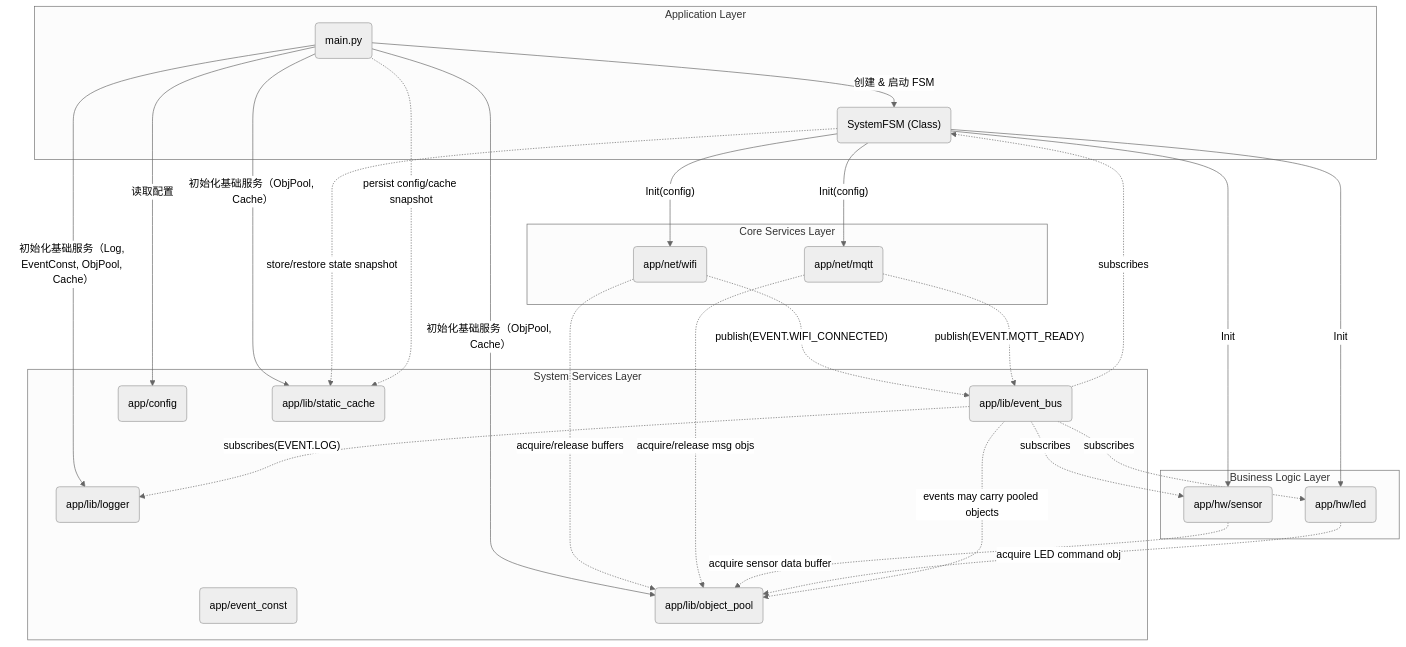
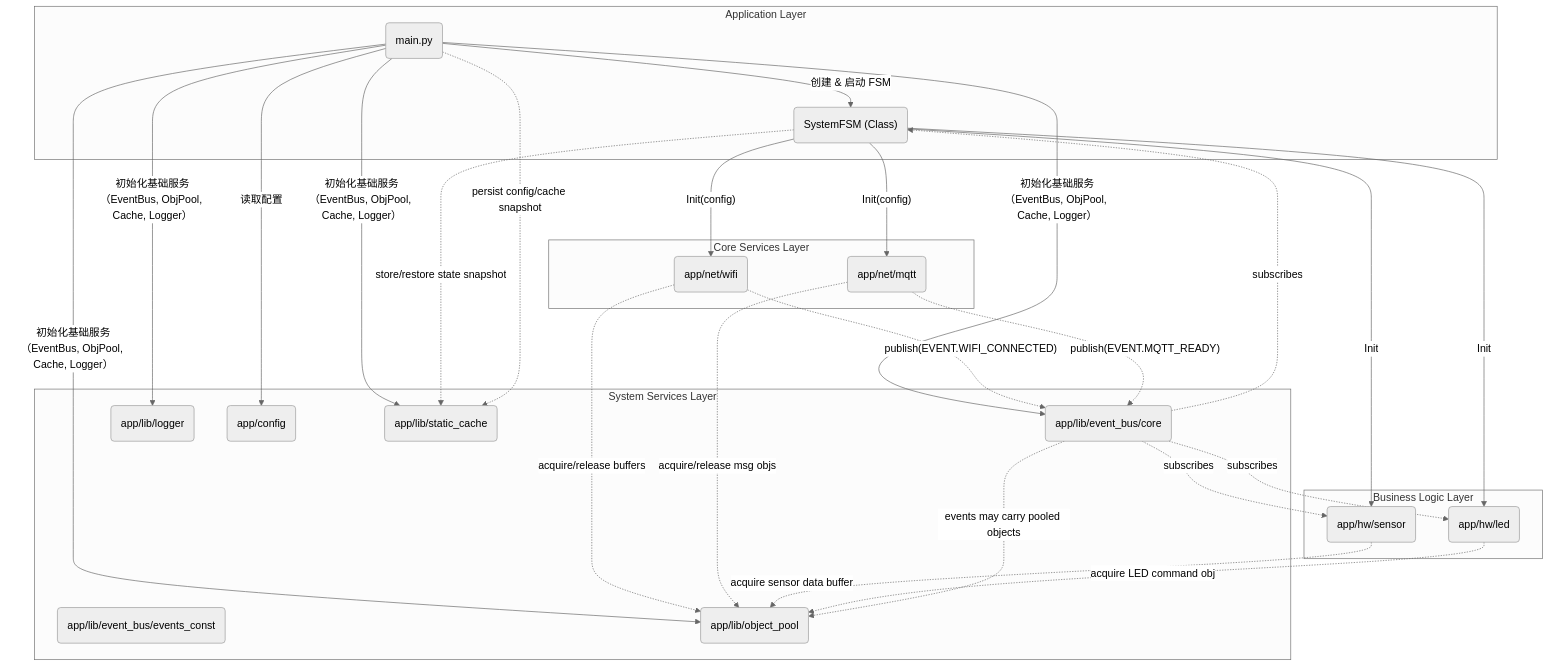
The diagram in docs/architecture.md (imzusheng/IOT_ESP32C3_HA), drawn with Mermaid (neutral theme) before and after one commit. The commit also changed other lines of this file and 17 other files, not shown here.

First line of the commit message:
refactor(event_bus): 重构事件总线架构并简化事件处理流程

````diff
--- a/docs/architecture.md
+++ b/docs/architecture.md
@@ -20,56 +20,57 @@
 ```mermaid
 graph TD
     subgraph Application Layer
         Main("main.py")
         FSM("SystemFSM (Class)")
     end
 
     subgraph System Services Layer
-        EventConst("app/event_const")
-        Bus("app/lib/event_bus")
+        EventConst("app/lib/event_bus/events_const")
+        Bus("app/lib/event_bus/core")
         Log("app/lib/logger")
         Cfg("app/config")
         ObjPool("app/lib/object_pool")
         Cache("app/lib/static_cache")
     end
 
     subgraph Core Services Layer
         Wifi("app/net/wifi")
         Mqtt("app/net/mqtt")
     end
 
     subgraph Business Logic Layer
         Sensor("app/hw/sensor")
         Led("app/hw/led")
     end
 
     %% 初始化与控制流
     Main -- "读取配置" --> Cfg
     Main -- "创建 & 启动 FSM" --> FSM
-    Main -- "初始化基础服务（Log, EventConst, ObjPool, Cache）" --> Log
-    Main -- "初始化基础服务（ObjPool, Cache）" --> ObjPool
-    Main -- "初始化基础服务（ObjPool, Cache）" --> Cache
+    Main -- "初始化基础服务（EventBus, ObjPool, Cache, Logger）" --> Bus
+    Main -- "初始化基础服务（EventBus, ObjPool, Cache, Logger）" --> ObjPool
+    Main -- "初始化基础服务（EventBus, ObjPool, Cache, Logger）" --> Cache
+    Main -- "初始化基础服务（EventBus, ObjPool, Cache, Logger）" --> Log
 
     %% FSM 控制网络初始化
     FSM -- "Init(config)" --> Wifi
     FSM -- "Init(config)" --> Mqtt
     FSM -- "Init" --> Sensor
     FSM -- "Init" --> Led
 
     %% 使用关系（对象池/缓存被哪些模块用到）
     Wifi -.->|"acquire/release buffers"| ObjPool
     Mqtt -.->|"acquire/release msg objs"| ObjPool
     Sensor -.->|"acquire sensor data buffer"| ObjPool
     Led -.->|"acquire LED command obj"| ObjPool
     FSM -.->|"store/restore state snapshot"| Cache
     Main -.->|"persist config/cache snapshot"| Cache
     Bus -.->|"events may carry pooled objects"| ObjPool
 
     %% 事件流与日志
     Wifi -.->|"publish(EVENT.WIFI_CONNECTED)"| Bus
     Mqtt -.->|"publish(EVENT.MQTT_READY)"| Bus
     Bus -.->|"subscribes"| FSM
     Bus -.->|"subscribes"| Sensor
     Bus -.->|"subscribes"| Led
-    Bus -.->|"subscribes(EVENT.LOG)"| Log
+    %% 日志系统独立，不再通过事件总线
 ```
````
